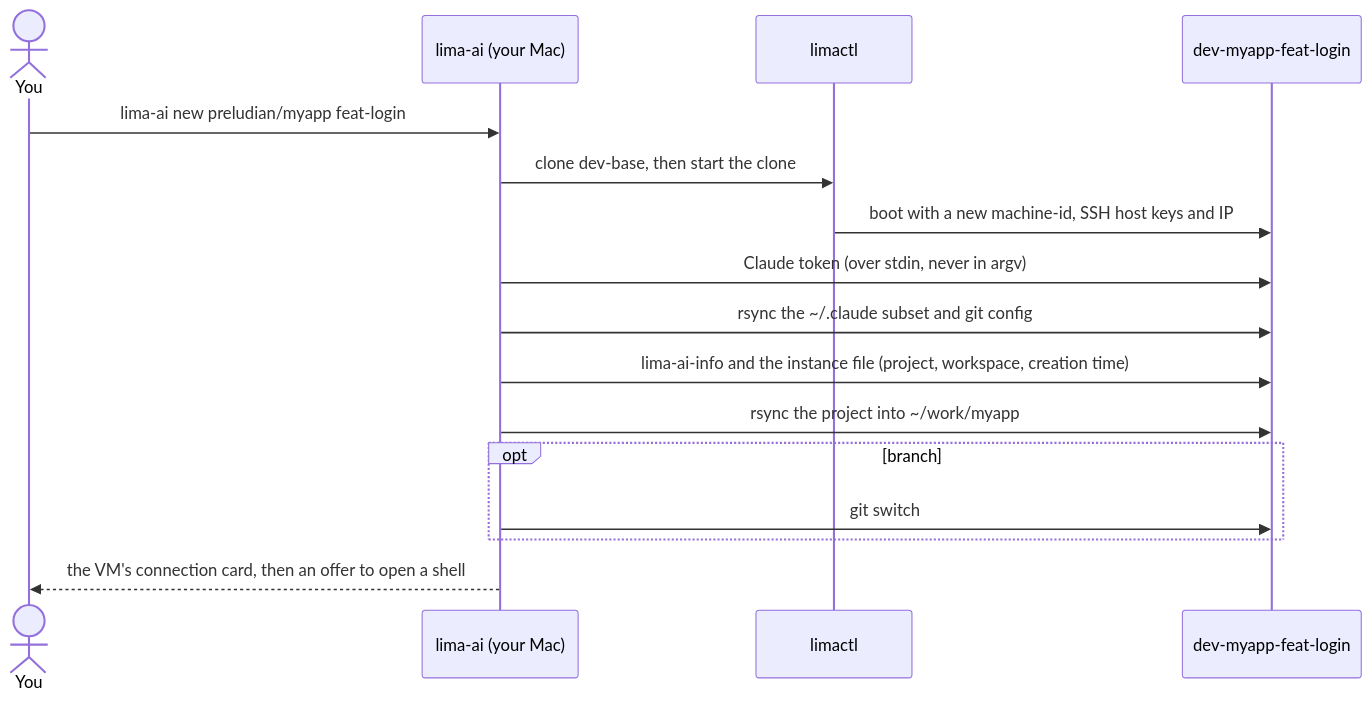
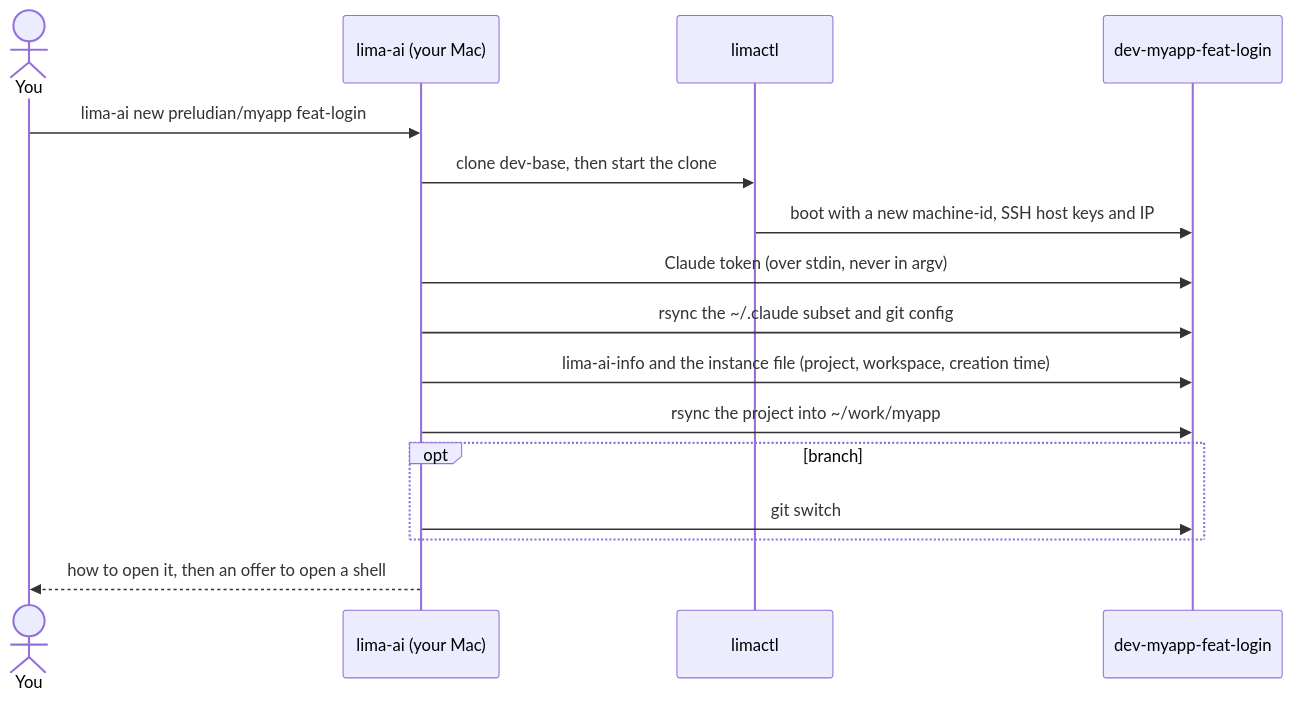
One commit to joepreludian/lima-ai changed the first of 3 diagrams in docs/manual/docs/index.md. Above: the diagram before and after it, drawn with Mermaid. The commit also changed 8 other files, not shown here.

First line of the commit message:
feat: new fails before cloning when uncommitted changes would block the branch switch, and leaves the card to the shell

````diff
--- a/docs/manual/docs/index.md
+++ b/docs/manual/docs/index.md
@@ -31,19 +31,19 @@
 ```mermaid
 sequenceDiagram
     actor You
     participant CLI as lima-ai (your Mac)
     participant Lima as limactl
     participant VM as dev-myapp-feat-login
 
     You->>CLI: lima-ai new preludian/myapp feat-login
     CLI->>Lima: clone dev-base, then start the clone
     Lima->>VM: boot with a new machine-id, SSH host keys and IP
     CLI->>VM: Claude token (over stdin, never in argv)
     CLI->>VM: rsync the ~/.claude subset and git config
     CLI->>VM: lima-ai-info and the instance file (project, workspace, creation time)
     CLI->>VM: rsync the project into ~/work/myapp
     opt branch
         CLI->>VM: git switch
     end
-    CLI-->>You: the VM's connection card, then an offer to open a shell
+    CLI-->>You: how to open it, then an offer to open a shell
 ```
````
